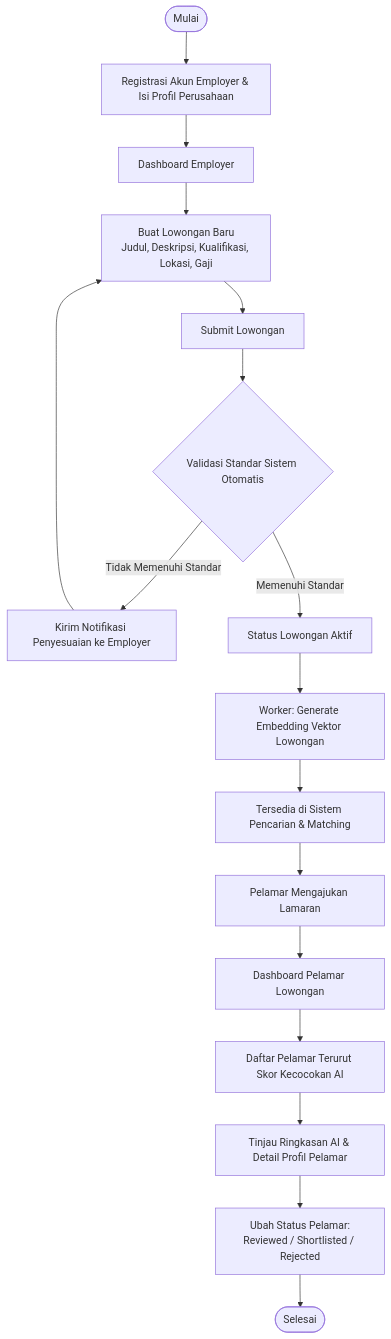
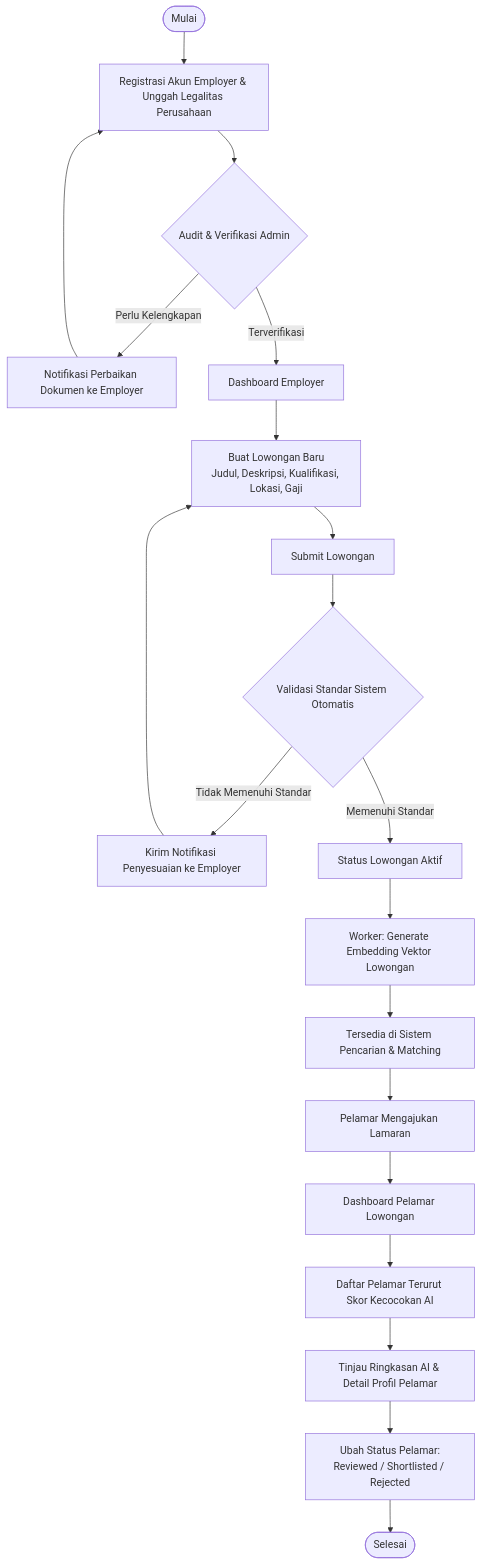
The second of 5 diagrams in docs/workflow.md (DanuZen/Technopreuneur-), drawn with Mermaid before and after one commit. The commit also changed 4 other files, not shown here.

Commit message:
feat(admin): add company registration audit and verification flow in UI and docs

````diff
--- a/docs/workflow.md
+++ b/docs/workflow.md
@@ -79,19 +79,22 @@
 ```mermaid
 flowchart TD
-    A([Mulai]) --> B[Registrasi Akun Employer & Isi Profil Perusahaan]
-    B --> C[Dashboard Employer]
+    A([Mulai]) --> B[Registrasi Akun Employer & Unggah Legalitas Perusahaan]
+    B --> BA{Audit & Verifikasi Admin}
+    BA -- Perlu Kelengkapan --> BB[Notifikasi Perbaikan Dokumen ke Employer]
+    BB --> B
+    BA -- Terverifikasi --> C[Dashboard Employer]
     C --> D[Buat Lowongan Baru\nJudul, Deskripsi, Kualifikasi, Lokasi, Gaji]
     D --> E[Submit Lowongan]
     E --> F{Validasi Standar Sistem Otomatis}
     F -- Tidak Memenuhi Standar --> G[Kirim Notifikasi Penyesuaian ke Employer]
     G --> D
     F -- Memenuhi Standar --> H[Status Lowongan Aktif]
     H --> I[Worker: Generate Embedding Vektor Lowongan]
     I --> J[Tersedia di Sistem Pencarian & Matching]
     J --> K[Pelamar Mengajukan Lamaran]
     K --> L[Dashboard Pelamar Lowongan]
     L --> M[Daftar Pelamar Terurut Skor Kecocokan AI]
     M --> N[Tinjau Ringkasan AI & Detail Profil Pelamar]
     N --> O[Ubah Status Pelamar:\nReviewed / Shortlisted / Rejected]
     O --> P([Selesai])
 ```
````
